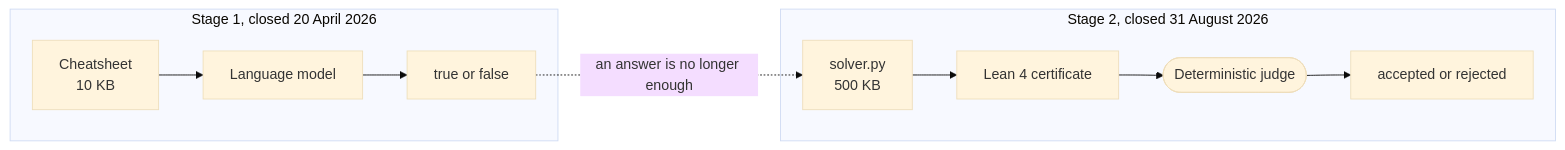
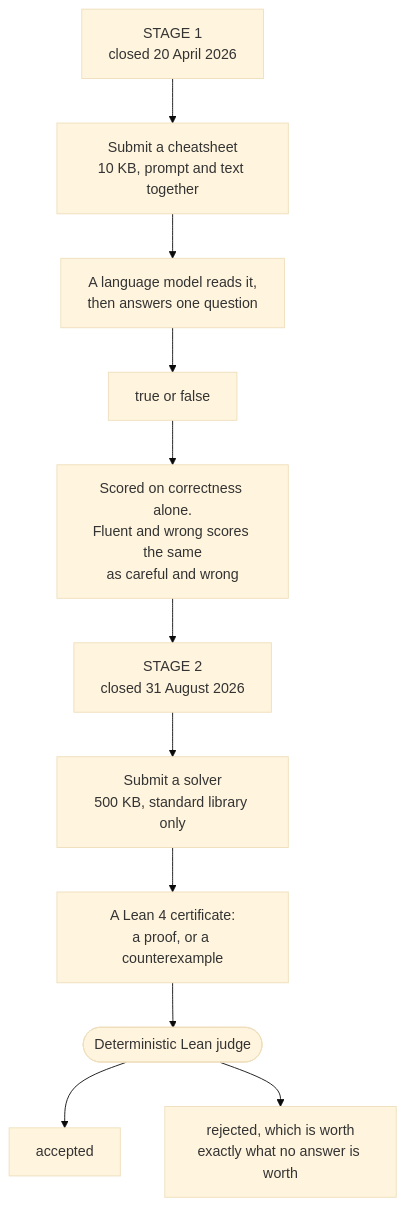
One commit to Amey-Thakur/MATHEMATICS-DISTILLATION-CHALLENGE changed the first of 2 diagrams in README.md. Above: the diagram before and after it, drawn with Mermaid (base theme). The commit also changed other lines of this file, not shown here.

````diff
--- a/README.md
+++ b/README.md
@@ -74,13 +74,13 @@
 ```mermaid
-flowchart LR
-    subgraph S1["Stage 1, closed 20 April 2026"]
-        A["Cheatsheet<br>10 KB"] --> B["Language model"]
-        B --> C["true or false"]
-    end
-    subgraph S2["Stage 2, closed 31 August 2026"]
-        D["solver.py<br>500 KB"] --> E["Lean 4 certificate"]
-        E --> F(["Deterministic judge"])
-        F --> G["accepted or rejected"]
-    end
-    C -.->|"an answer is no longer enough"| D
+flowchart TD
+    A["STAGE 1<br>closed 20 April 2026"] --> B["Submit a cheatsheet<br>10 KB, prompt and text together"]
+    B --> C["A language model reads it,<br>then answers one question"]
+    C --> D["true or false"]
+    D --> E["Scored on correctness alone.<br>Fluent and wrong scores the same<br>as careful and wrong"]
+    E --> F["STAGE 2<br>closed 31 August 2026"]
+    F --> G["Submit a solver<br>500 KB, standard library only"]
+    G --> H["A Lean 4 certificate:<br>a proof, or a counterexample"]
+    H --> I(["Deterministic Lean judge"])
+    I --> J["accepted"]
+    I --> K["rejected, which is worth<br>exactly what no answer is worth"]
 ```
````
